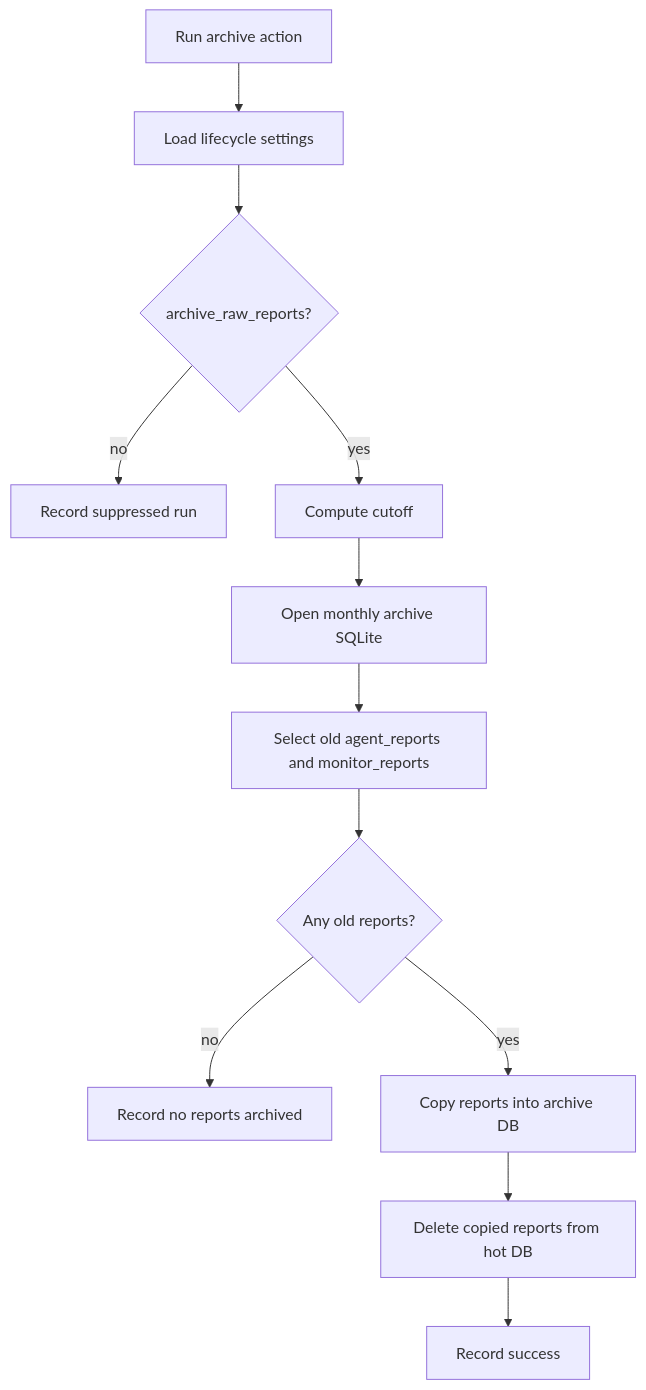
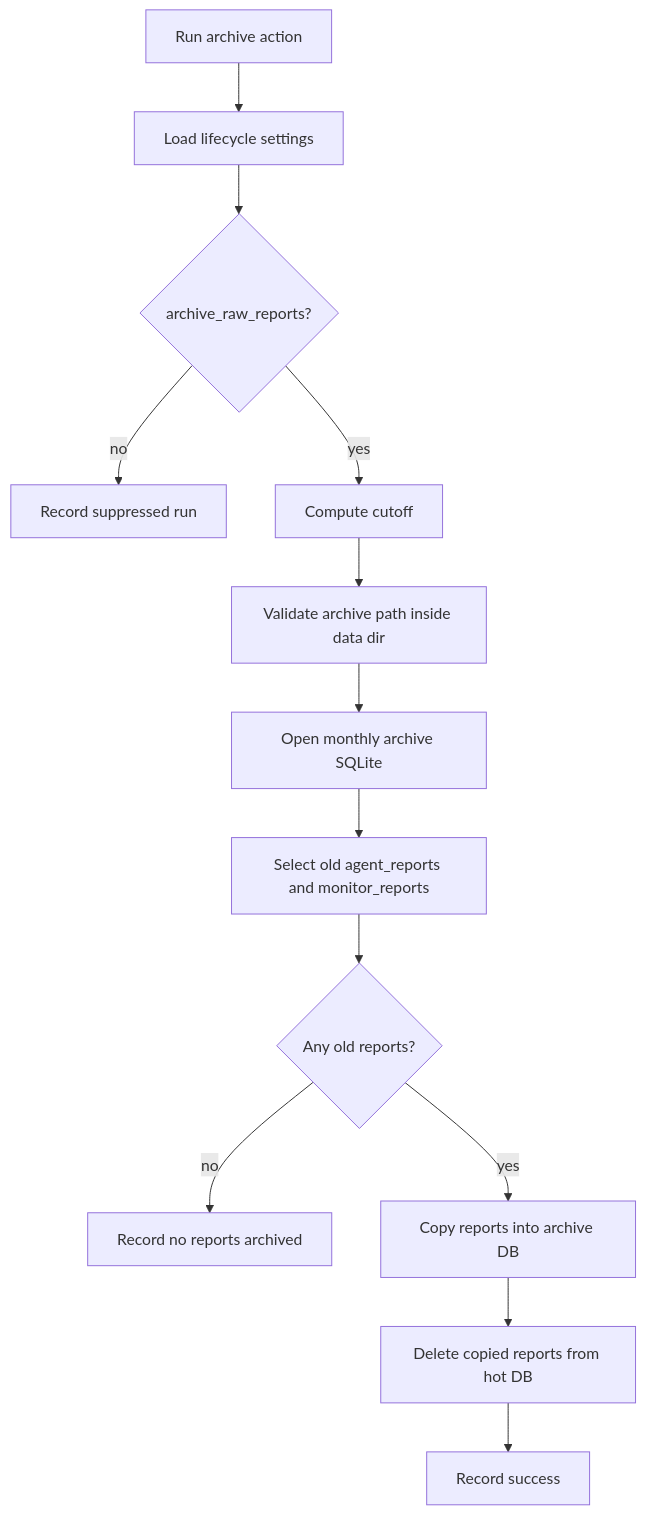
Before and after one commit to sunday-studio/orion: the fourth of 6 diagrams in docs/architecture/persistence-and-lifecycle.md, drawn with Mermaid. The commit also changed other lines of this file and 7 other files, not shown here.

First line of the commit message:
fix(core): harden archive path validation (#14)

````diff
--- a/docs/architecture/persistence-and-lifecycle.md
+++ b/docs/architecture/persistence-and-lifecycle.md
@@ -260,14 +270,15 @@
 ```mermaid
 flowchart TD
   Action["Run archive action"] --> Settings["Load lifecycle settings"]
   Settings --> Enabled{"archive_raw_reports?"}
   Enabled -- "no" --> Suppressed["Record suppressed run"]
   Enabled -- "yes" --> Cutoff["Compute cutoff"]
-  Cutoff --> ArchiveDB["Open monthly archive SQLite"]
+  Cutoff --> ValidatePath["Validate archive path inside data dir"]
+  ValidatePath --> ArchiveDB["Open monthly archive SQLite"]
   ArchiveDB --> Select["Select old agent_reports and monitor_reports"]
   Select --> Empty{"Any old reports?"}
   Empty -- "no" --> Noop["Record no reports archived"]
   Empty -- "yes" --> Copy["Copy reports into archive DB"]
   Copy --> Delete["Delete copied reports from hot DB"]
   Delete --> Success["Record success"]
 ```
````
